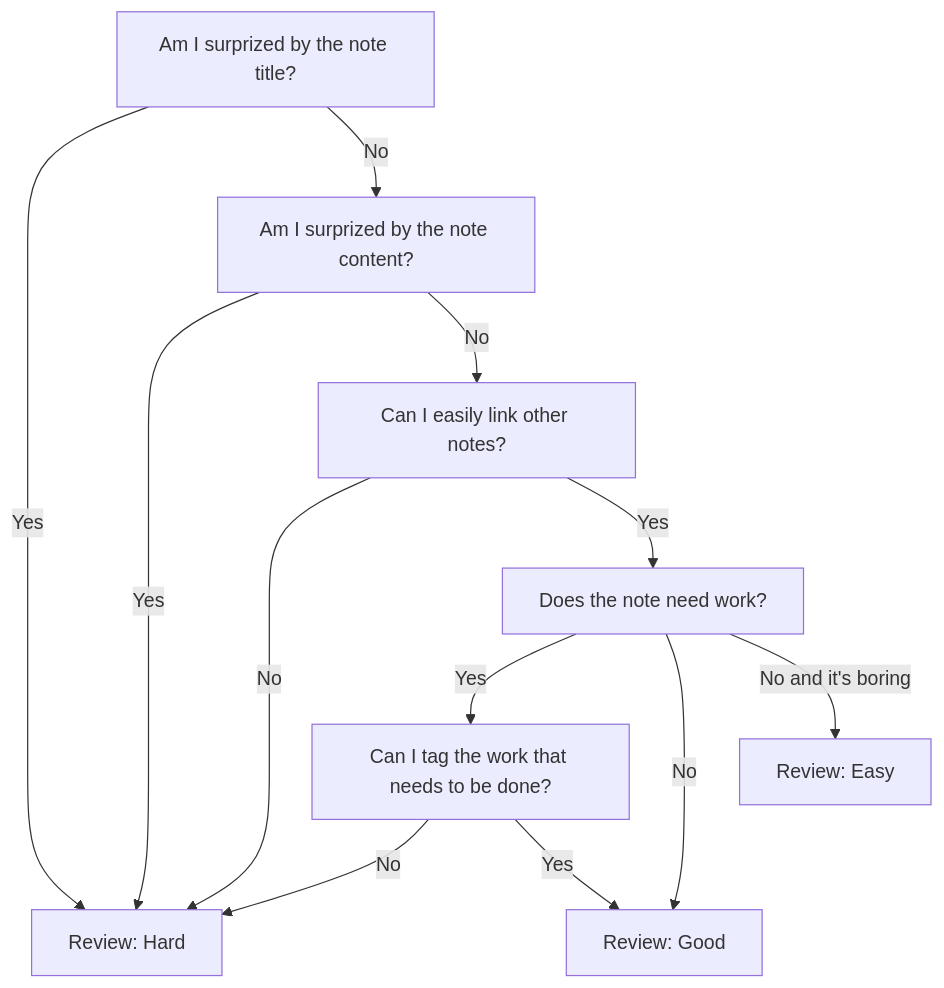
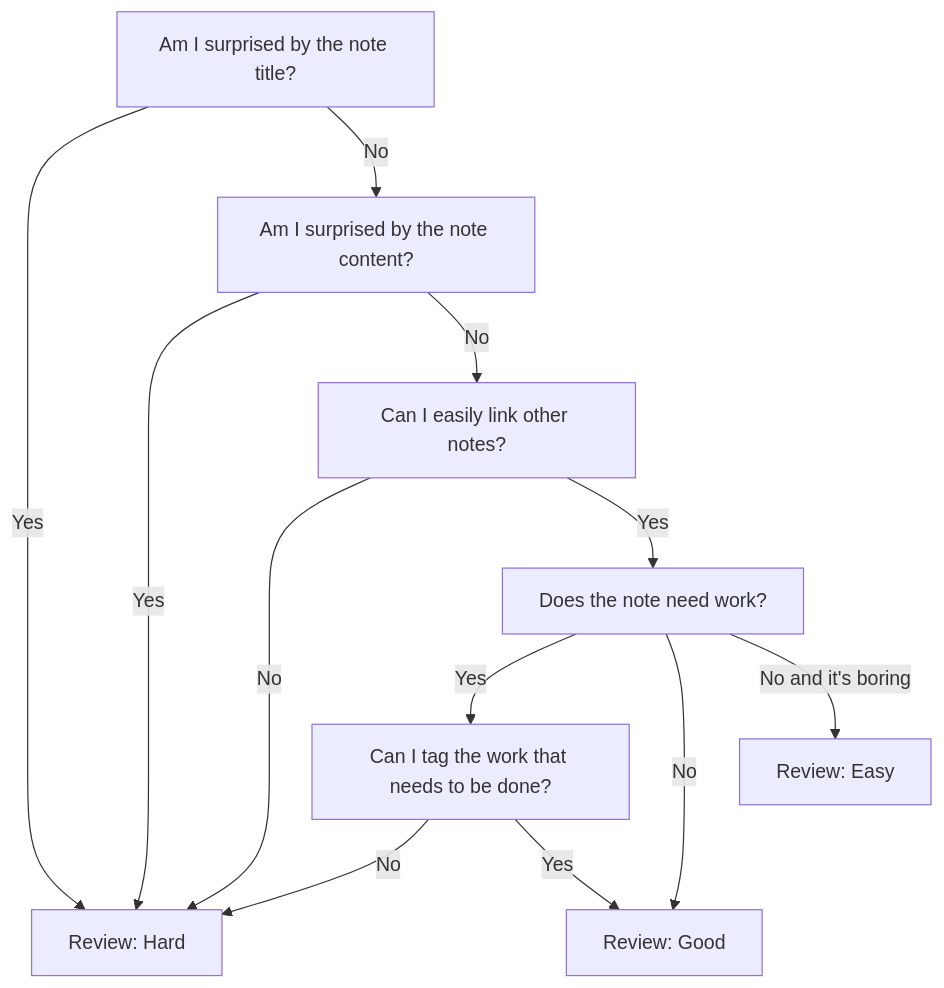
Before and after one commit to Aaron-Bopp/TIM: the diagram in 50_Projects/Using spaced repetition for your conceptual notes.md, drawn with Mermaid. The commit also changed other lines of this file and 3 other files, not shown here.

````diff
--- a/50_Projects/Using spaced repetition for your conceptual notes.md
+++ b/50_Projects/Using spaced repetition for your conceptual notes.md
@@ -18,15 +19,15 @@
 ```mermaid
 flowchart TB;  
- B[Am I surprized by the note title?]-->|Yes|Hard;  
- B-->|No|C[Am I surprized by the note content?];
+ B[Am I surprised by the note title?]-->|Yes|Hard;  
+ B-->|No|C[Am I surprised by the note content?];
  C-->|Yes|Hard[Review: Hard];
  C-->|No|E[Can I easily link other notes?];
  E-->|No|Hard;
  E-->|Yes|G[Does the note need work?]
  G-->|Yes|X[Can I tag the work that needs to be done?];
  X-->|No|Hard;
  X-->|Yes|Good;
  G-->|No|Good[Review: Good];
  G-->|No and it's boring|Easy[Review: Easy];
 
 ```
````
